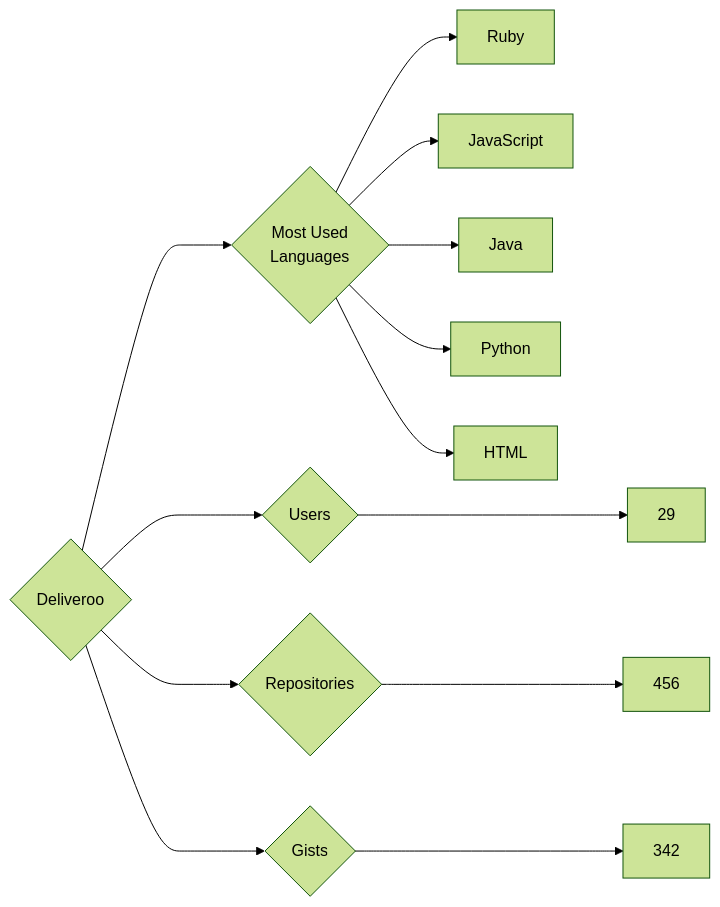
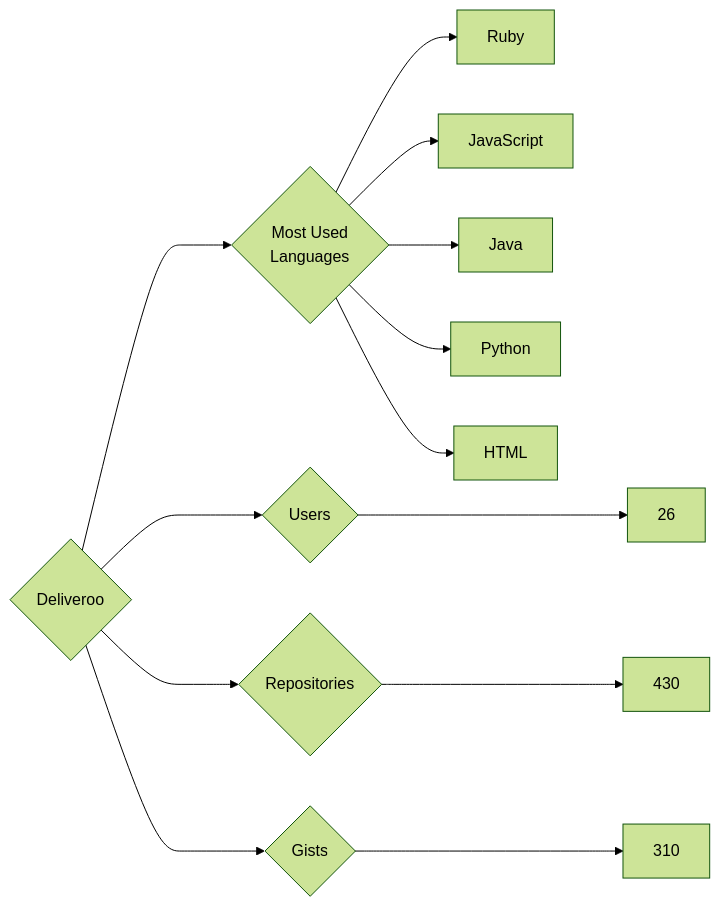
The diagram in targets/Deliveroo/README.md (trickest/insiders), drawn with Mermaid (forest theme) before and after one commit. The commit also changed 951 other files, not shown here.

````diff
--- a/targets/Deliveroo/README.md
+++ b/targets/Deliveroo/README.md
@@ -3,13 +3,13 @@
 ```mermaid
 graph LR
 COMPANY_NAME{Deliveroo}
-COMPANY_NAME ---> U{Users} ---> UN[29]
-COMPANY_NAME ---> R{Repositories} ---> RN[456]
-COMPANY_NAME ---> G{Gists} ---> GN[342]
+COMPANY_NAME ---> U{Users} ---> UN[26]
+COMPANY_NAME ---> R{Repositories} ---> RN[430]
+COMPANY_NAME ---> G{Gists} ---> GN[310]
 COMPANY_NAME ---> ML{Most Used<br>Languages}
 ML --> Ruby[Ruby]
 ML --> JavaScript[JavaScript]
 ML --> Java[Java]
 ML --> Python[Python]
 ML --> HTML[HTML]
 ```
````
